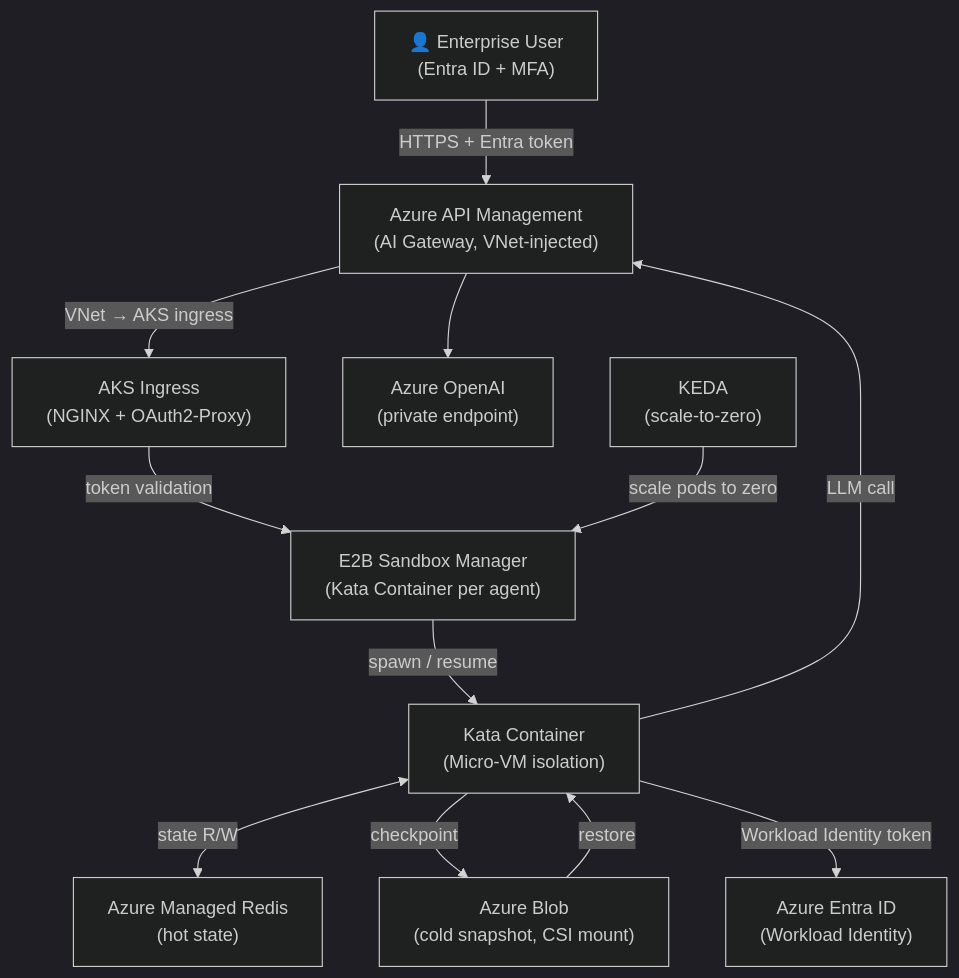
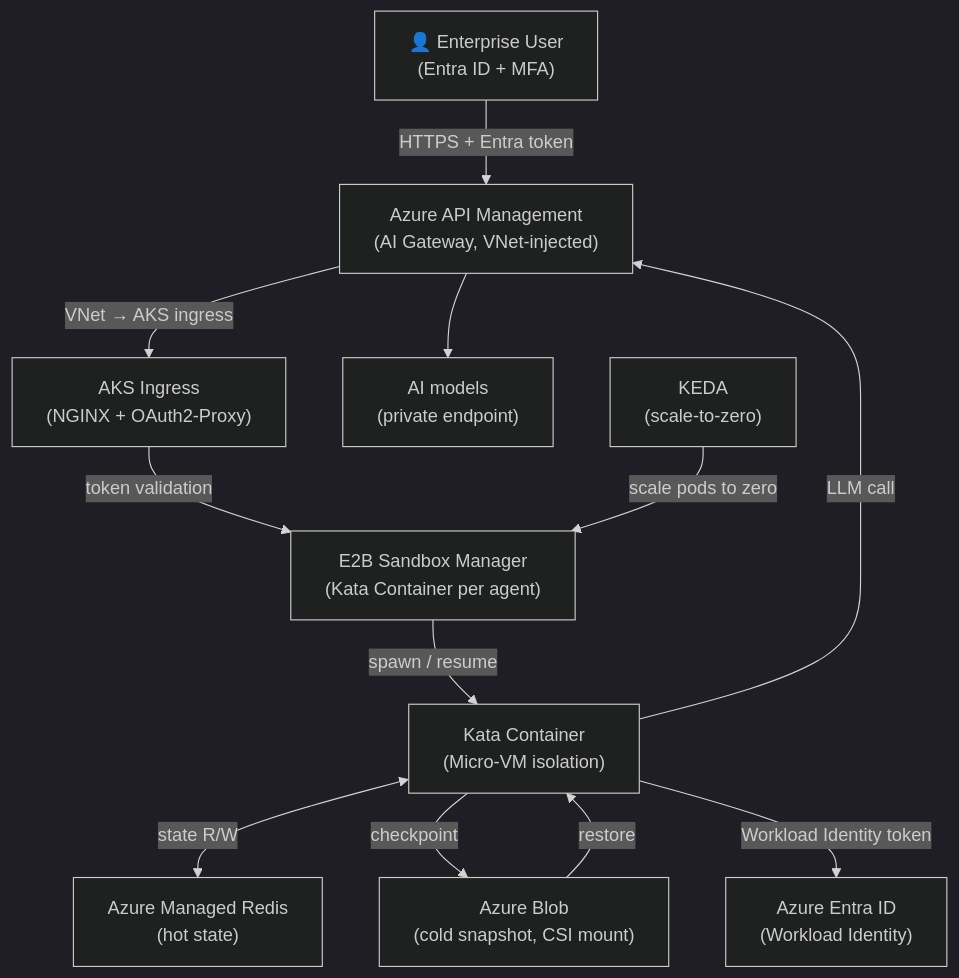
One commit to oxcp/ainotes changed the second of 3 diagrams in agenthost/agenthost.md. Above: the diagram before and after it, drawn with Mermaid (dark theme). The commit also changed other lines of this file and 1 other file, not shown here.

````diff
--- a/agenthost/agenthost.md
+++ b/agenthost/agenthost.md
@@ -192,25 +194,25 @@
 ```mermaid
 flowchart TD
     user["👤 Enterprise User\n(Entra ID + MFA)"]
     apim["Azure API Management\n(AI Gateway, VNet-injected)"]
     ingress["AKS Ingress\n(NGINX + OAuth2-Proxy)"]
     e2b["E2B Sandbox Manager\n(Kata Container per agent)"]
     kata["Kata Container\n(Micro-VM isolation)"]
     redis["Azure Managed Redis\n(hot state)"]
     blob["Azure Blob\n(cold snapshot, CSI mount)"]
-    aoai["Azure OpenAI\n(private endpoint)"]
+    aoai["AI models\n(private endpoint)"]
     entra["Azure Entra ID\n(Workload Identity)"]
     keda["KEDA\n(scale-to-zero)"]
 
     user -->|"HTTPS + Entra token"| apim
     apim -->|"VNet → AKS ingress"| ingress
     ingress -->|"token validation"| e2b
     e2b -->|"spawn / resume"| kata
     kata <-->|"state R/W"| redis
     kata -->|"checkpoint"| blob
     blob -->|"restore"| kata
     kata -->|"Workload Identity token"| entra
     kata -->|"LLM call"| apim
     apim --> aoai
     keda -->|"scale pods to zero"| e2b
 ```
````
